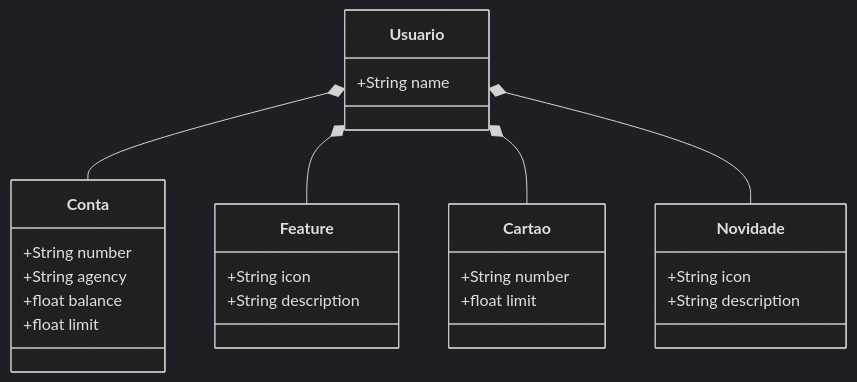
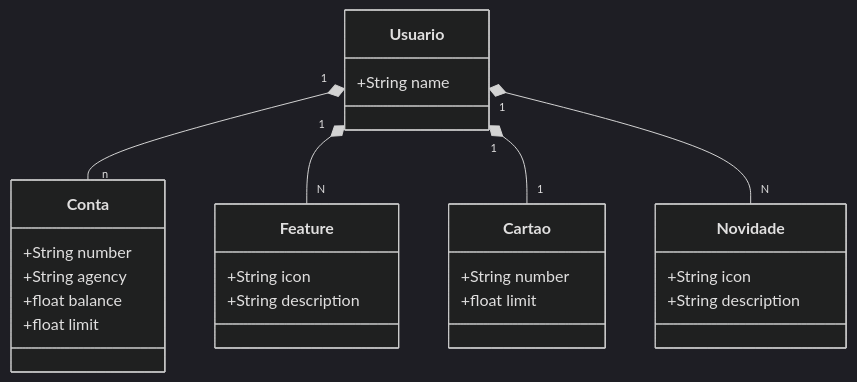
The diagram in README.md (guilhermesilvacorreia/santander-dev-work), drawn with Mermaid (dark theme) before and after one commit.

Commit message:
subindo README.md

````diff
--- a/README.md
+++ b/README.md
@@ -5,31 +5,31 @@
 ``` mermaid
   
 
 classDiagram
 class Usuario {
 +String name
 }
 class Conta {
 +String number
 +String agency
 +float balance
 +float limit
 }
 class Feature {
 +String icon
 +String description
 }
 class Cartao {
 +String number
 +float limit
 }
 class Novidade {
 +String icon
 +String description
 }
-Usuario *-- Conta
-Usuario *-- Feature
-Usuario *-- Cartao
-Usuario *-- Novidade
+Usuario "1" *-- "n" Conta
+Usuario "1" *-- "N" Feature
+Usuario "1" *-- "1" Cartao
+Usuario "1" *-- "N" Novidade
 
 ```
````
